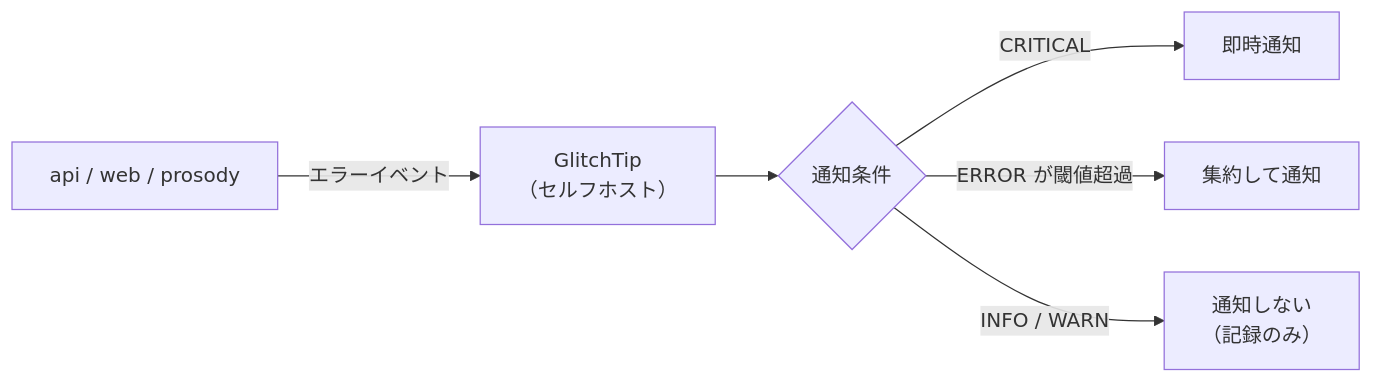
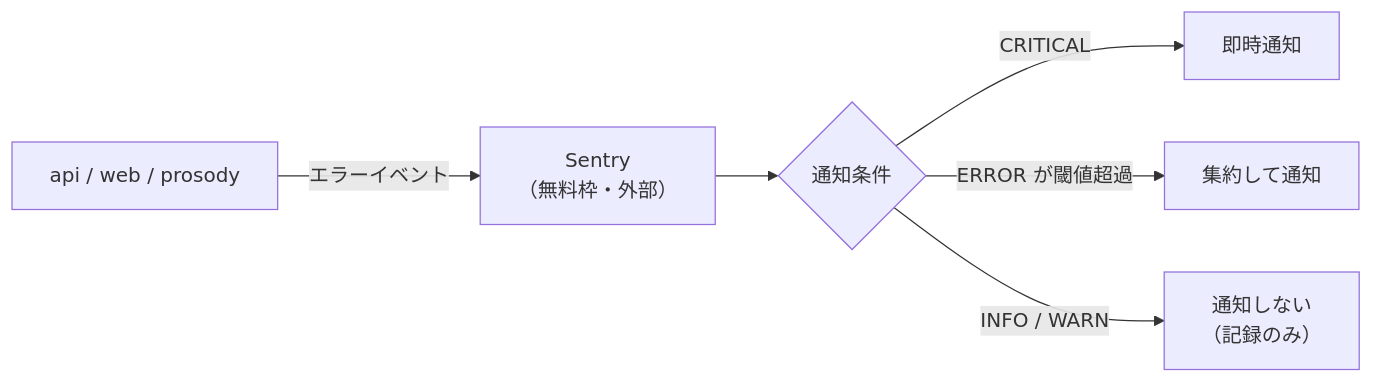
One commit to yama-shu/575-sns changed the third of 3 diagrams in docs/design/detail/03-error-handling.md. Above: the diagram before and after it, drawn with Mermaid. The commit also changed other lines of this file and 9 other files, not shown here.

````diff
--- a/docs/design/detail/03-error-handling.md
+++ b/docs/design/detail/03-error-handling.md
@@ -274,8 +274,8 @@
 ```mermaid
 flowchart LR
-    A["api / web / prosody"] -->|エラーイベント| G["GlitchTip<br/>（セルフホスト）"]
+    A["api / web / prosody"] -->|エラーイベント| G["Sentry<br/>（無料枠・外部）"]
     G --> F{"通知条件"}
     F -->|CRITICAL| N1["即時通知"]
     F -->|ERROR が閾値超過| N2["集約して通知"]
     F -->|INFO / WARN| N3["通知しない<br/>（記録のみ）"]
 ```
````
